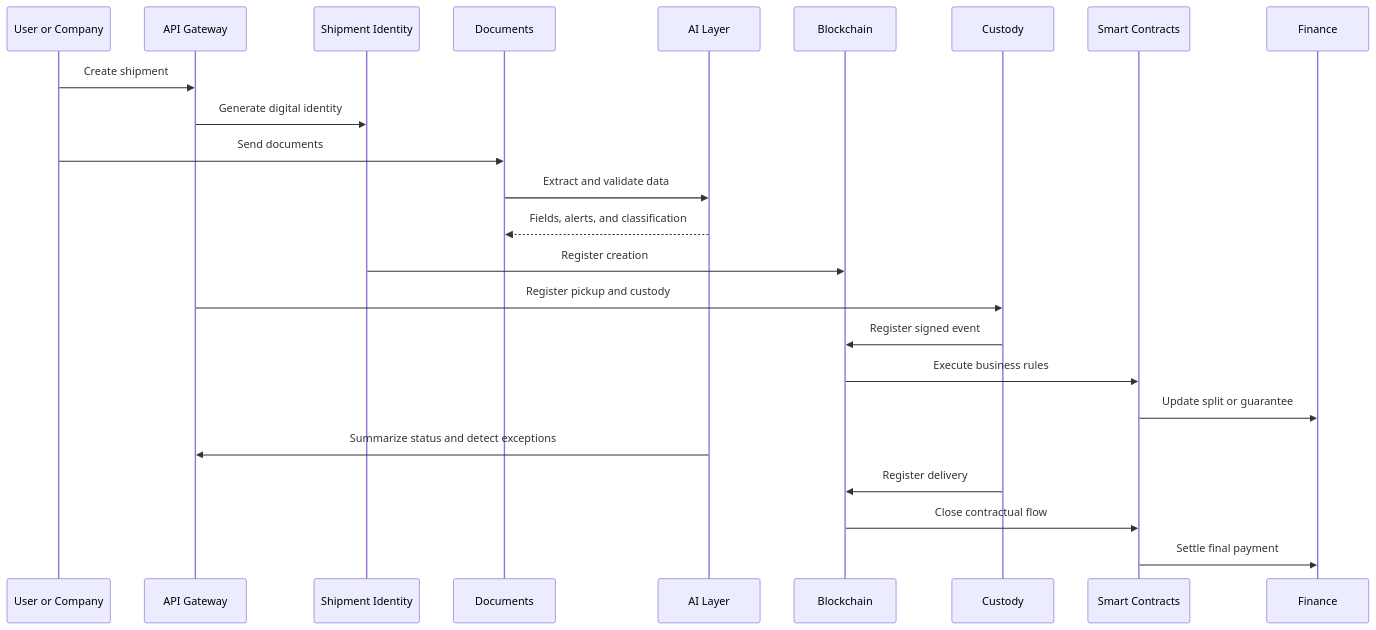
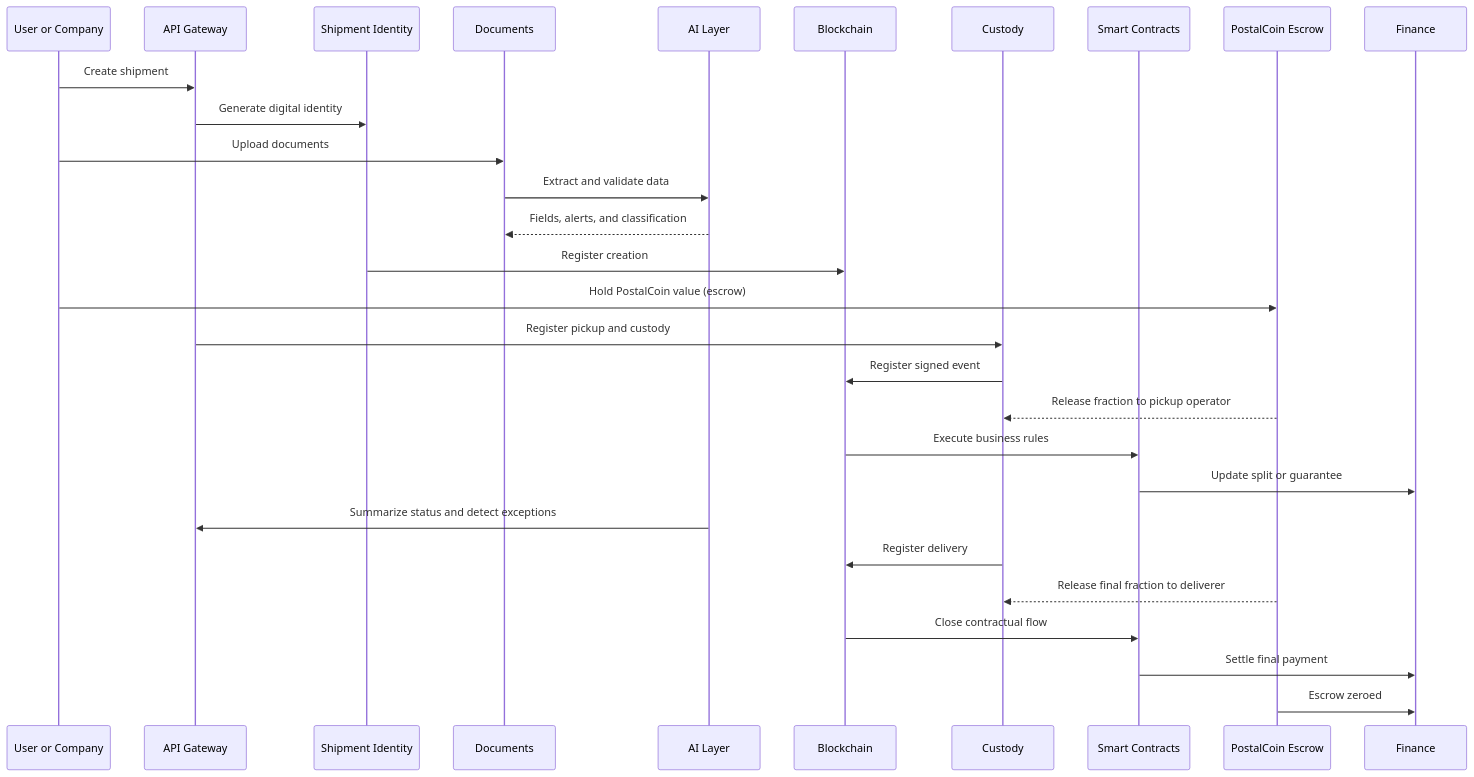
Before and after one commit to danielbfs/PostalTrust: the third of 3 diagrams in OBSIDIAN_BRAIN_EN.md, drawn with Mermaid. The commit also changed other lines of this file and 11 other files, not shown here.

Commit message:
docs: add PostalCoin thesis (RWA / Programmable Stamp) and integrate across all project documents

````diff
--- a/OBSIDIAN_BRAIN_EN.md
+++ b/OBSIDIAN_BRAIN_EN.md
@@ -124,27 +144,32 @@
 ```mermaid
 sequenceDiagram
     participant U as User or Company
     participant API as API Gateway
     participant ID as Shipment Identity
     participant DOC as Documents
     participant AI as AI Layer
     participant BC as Blockchain
     participant CU as Custody
     participant SC as Smart Contracts
+    participant PCN as PostalCoin Escrow
     participant FI as Finance
 
     U->>API: Create shipment
     API->>ID: Generate digital identity
-    U->>DOC: Send documents
+    U->>DOC: Upload documents
     DOC->>AI: Extract and validate data
     AI-->>DOC: Fields, alerts, and classification
     ID->>BC: Register creation
+    U->>PCN: Hold PostalCoin value (escrow)
     API->>CU: Register pickup and custody
     CU->>BC: Register signed event
+    PCN-->>CU: Release fraction to pickup operator
     BC->>SC: Execute business rules
     SC->>FI: Update split or guarantee
     AI->>API: Summarize status and detect exceptions
     CU->>BC: Register delivery
+    PCN-->>CU: Release final fraction to deliverer
     BC->>SC: Close contractual flow
     SC->>FI: Settle final payment
+    PCN->>FI: Escrow zeroed
 ```
````
